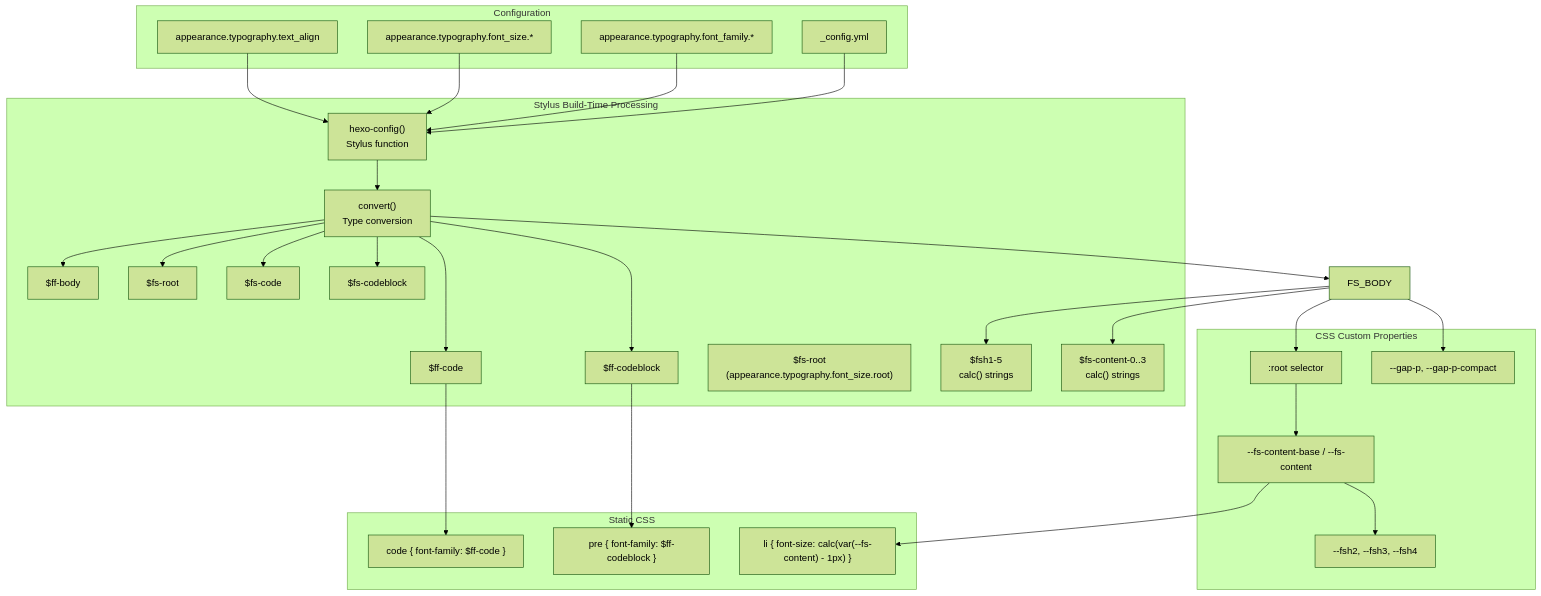
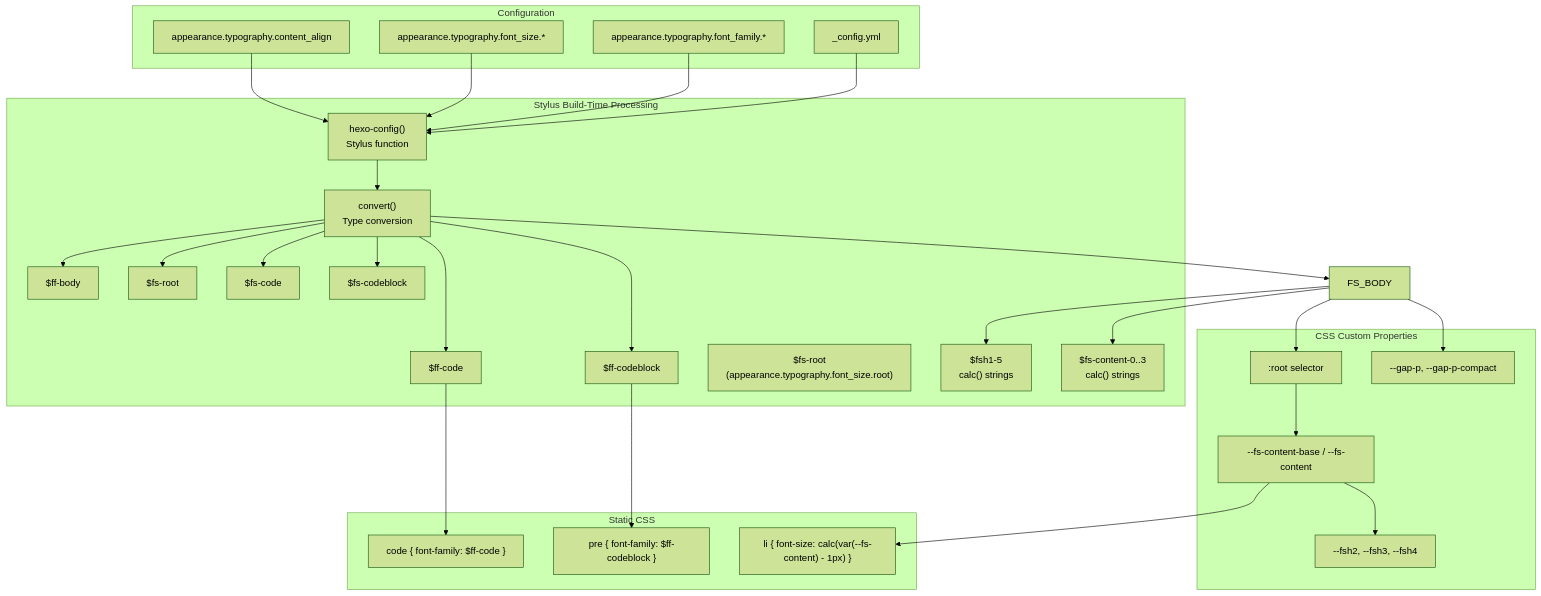
Before and after one commit to xaoxuu/hexo-theme-stellar: the first of 3 diagrams in docs/knowledge/01-样式系统/typography.md, drawn with Mermaid (forest theme). The commit also changed other lines of this file and 59 other files, not shown here.

````diff
--- a/docs/knowledge/01-样式系统/typography.md
+++ b/docs/knowledge/01-样式系统/typography.md
@@ -35,65 +35,65 @@
 ```mermaid
 graph TB
     subgraph "Configuration"
         YML["_config.yml"]
         FONT_FAM["appearance.typography.font_family.*"]
         FONT_SIZE["appearance.typography.font_size.*"]
-        TEXT_ALIGN["appearance.typography.text_align"]
+        TEXT_ALIGN["appearance.typography.content_align"]
     end
     
     subgraph "Stylus Build-Time Processing"
         HEXO_CFG["hexo-config()<br/>Stylus function"]
         CONVERT["convert()<br/>Type conversion"]
         
         FF_BODY["$ff-body"]
         FF_CODE["$ff-code"]
         FF_CODEBLOCK["$ff-codeblock"]
         
         FS_ROOT["$fs-root"]
         FS_BASE["$fs-root<br/>(appearance.typography.font_size.root)"]
         FS_CODE["$fs-code"]
         FS_CODEBLOCK["$fs-codeblock"]
         
         FSH_CALC["$fsh1-5<br/>calc() strings"]
         FSP_CALC["$fs-content-0..3<br/>calc() strings"]
     end
     
     subgraph "CSS Custom Properties"
         ROOT[":root selector"]
         VAR_FSP["--fs-content-base / --fs-content"]
         VAR_FSH["--fsh2, --fsh3, --fsh4"]
         VAR_GAP["--gap-p, --gap-p-compact"]
     end
     
     subgraph "Static CSS"
         CODE_FF["code { font-family: $ff-code }"]
         PRE_FF["pre { font-family: $ff-codeblock }"]
         LI_FS["li { font-size: calc(var(--fs-content) - 1px) }"]
     end
     
     YML --> HEXO_CFG
     FONT_FAM --> HEXO_CFG
     FONT_SIZE --> HEXO_CFG
     TEXT_ALIGN --> HEXO_CFG
     
     HEXO_CFG --> CONVERT
     CONVERT --> FF_BODY
     CONVERT --> FF_CODE
     CONVERT --> FF_CODEBLOCK
     CONVERT --> FS_ROOT
     CONVERT --> FS_BODY
     CONVERT --> FS_CODE
     CONVERT --> FS_CODEBLOCK
     
     FS_BODY --> FSH_CALC
     FS_BODY --> FSP_CALC
     
     FS_BODY --> ROOT
     ROOT --> VAR_FSP
     VAR_FSP --> VAR_FSH
     FS_BODY --> VAR_GAP
     
     FF_CODE --> CODE_FF
     FF_CODEBLOCK --> PRE_FF
     VAR_FSP --> LI_FS
 ```
````
